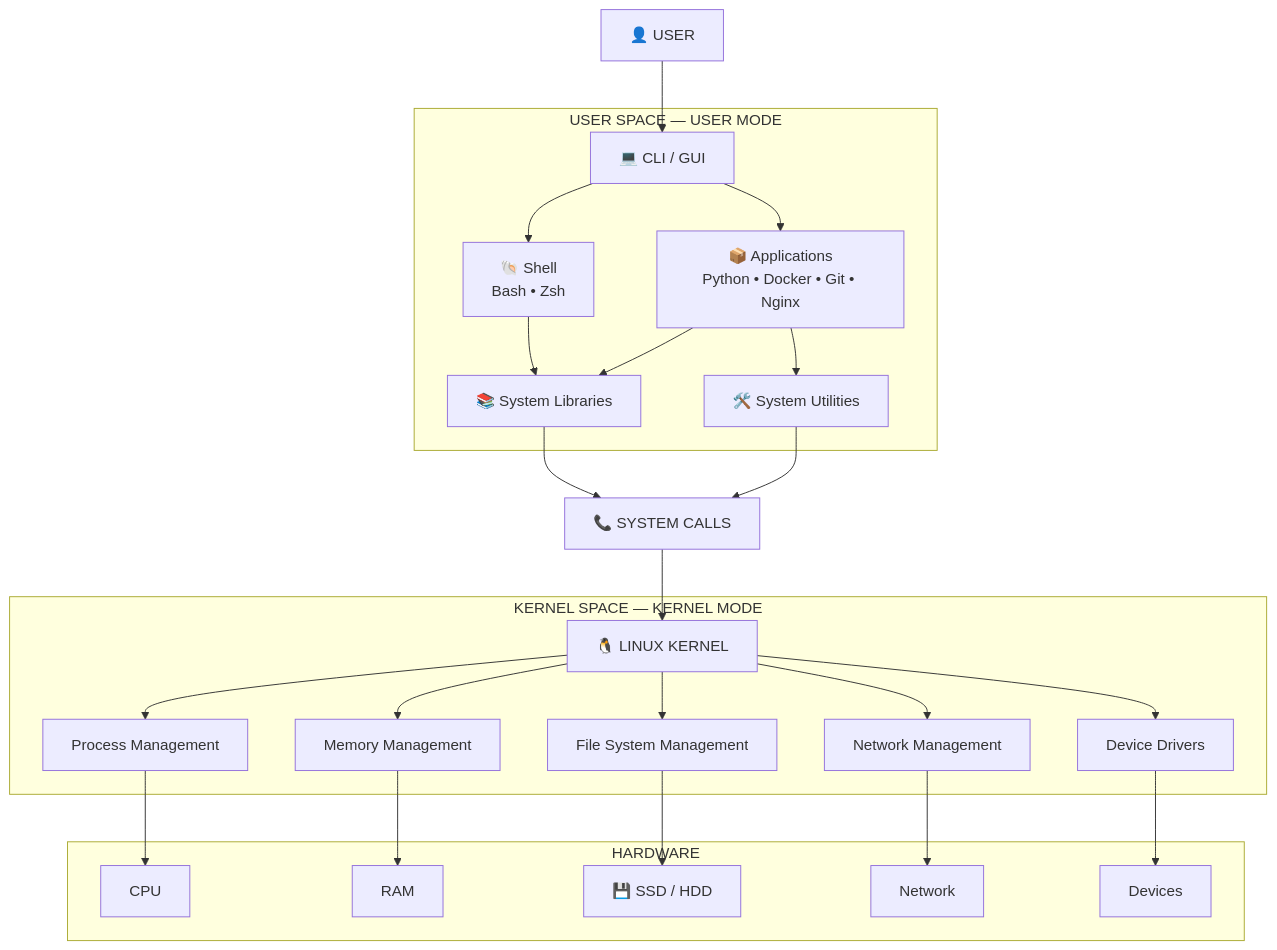
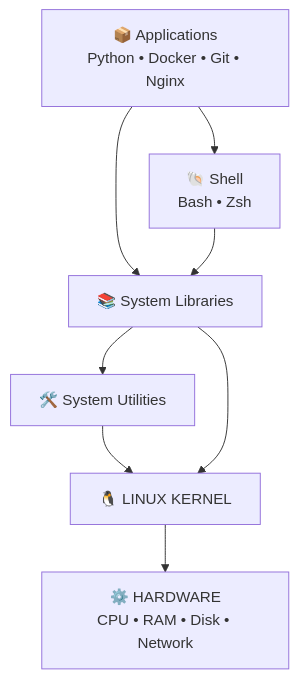
Before and after one commit to Yuvii2102/My-Devops-Cloud-Journey: the fourth of 14 diagrams in Linux/02-Fundamentals-Of-Linux/README.md, drawn with Mermaid. The commit also changed other lines of this file, not shown here.

````diff
--- a/Linux/02-Fundamentals-Of-Linux/README.md
+++ b/Linux/02-Fundamentals-Of-Linux/README.md
@@ -142,55 +236,22 @@
 ```mermaid
 flowchart TB
-    U["👤 USER"]
+    A["📦 Applications<br/>Python • Docker • Git • Nginx"]
 
-    subgraph US["USER SPACE — USER MODE"]
-        CLI["💻 CLI / GUI"]
-        APP["📦 Applications<br/>Python • Docker • Git • Nginx"]
-        SHELL["🐚 Shell<br/>Bash • Zsh"]
-        LIB["📚 System Libraries"]
-        UTIL["🛠️ System Utilities"]
-    end
+    S["🐚 Shell<br/>Bash • Zsh"]
 
-    SC["📞 SYSTEM CALLS"]
+    L["📚 System Libraries"]
 
-    subgraph KS["KERNEL SPACE — KERNEL MODE"]
-        K["🐧 LINUX KERNEL"]
-        PM["Process Management"]
-        MM["Memory Management"]
-        FS["File System Management"]
-        NM["Network Management"]
-        DD["Device Drivers"]
-    end
+    U["🛠️ System Utilities"]
 
-    subgraph HW["HARDWARE"]
-        CPU["CPU"]
-        RAM["RAM"]
-        DISK["💾 SSD / HDD"]
-        NET["Network"]
-        DEV["Devices"]
-    end
+    K["🐧 LINUX KERNEL"]
 
-    U --> CLI
-    CLI --> SHELL
-    CLI --> APP
+    H["⚙️ HARDWARE<br/>CPU • RAM • Disk • Network"]
 
-    SHELL --> LIB
-    APP --> LIB
-    APP --> UTIL
-
-    LIB --> SC
-    UTIL --> SC
-    SC --> K
-
-    K --> PM
-    K --> MM
-    K --> FS
-    K --> NM
-    K --> DD
-
-    PM --> CPU
-    MM --> RAM
-    FS --> DISK
-    NM --> NET
-    DD --> DEV
+    A --> S
+    A --> L
+    S --> L
+    L --> U
+    U --> K
+    L --> K
+    K --> H
 ```
````
